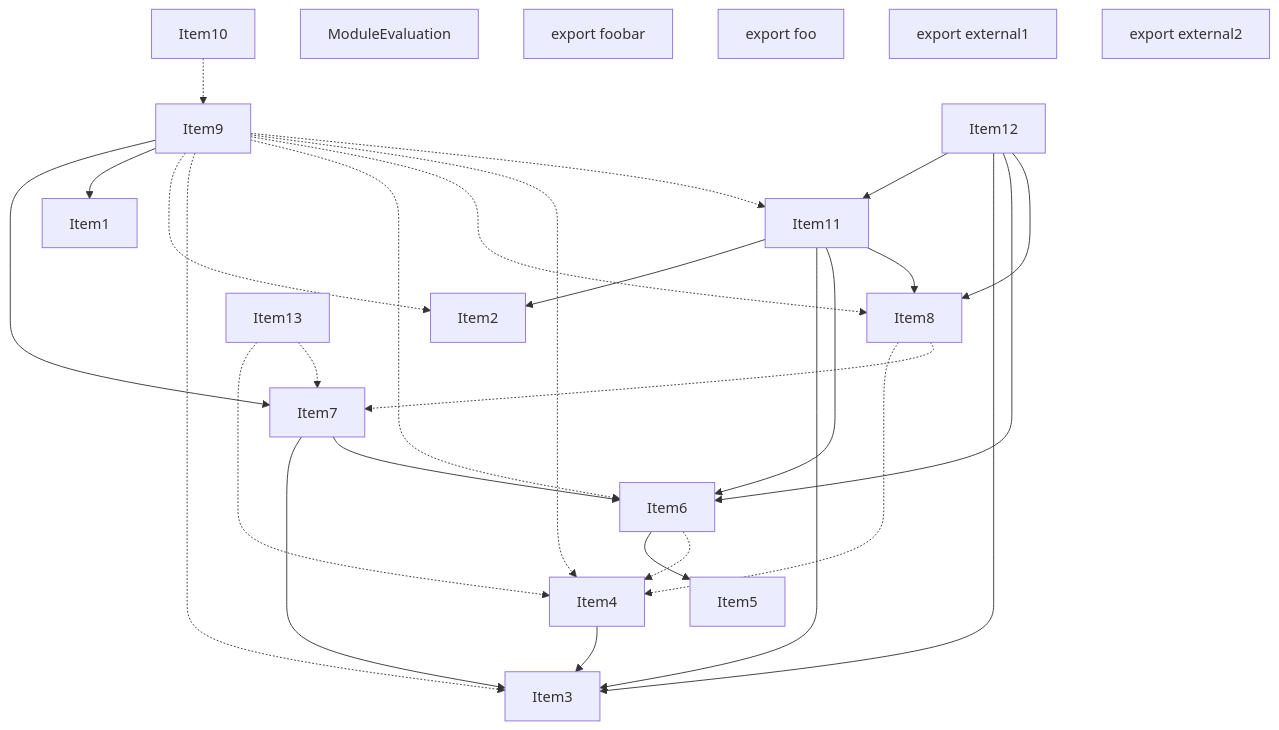
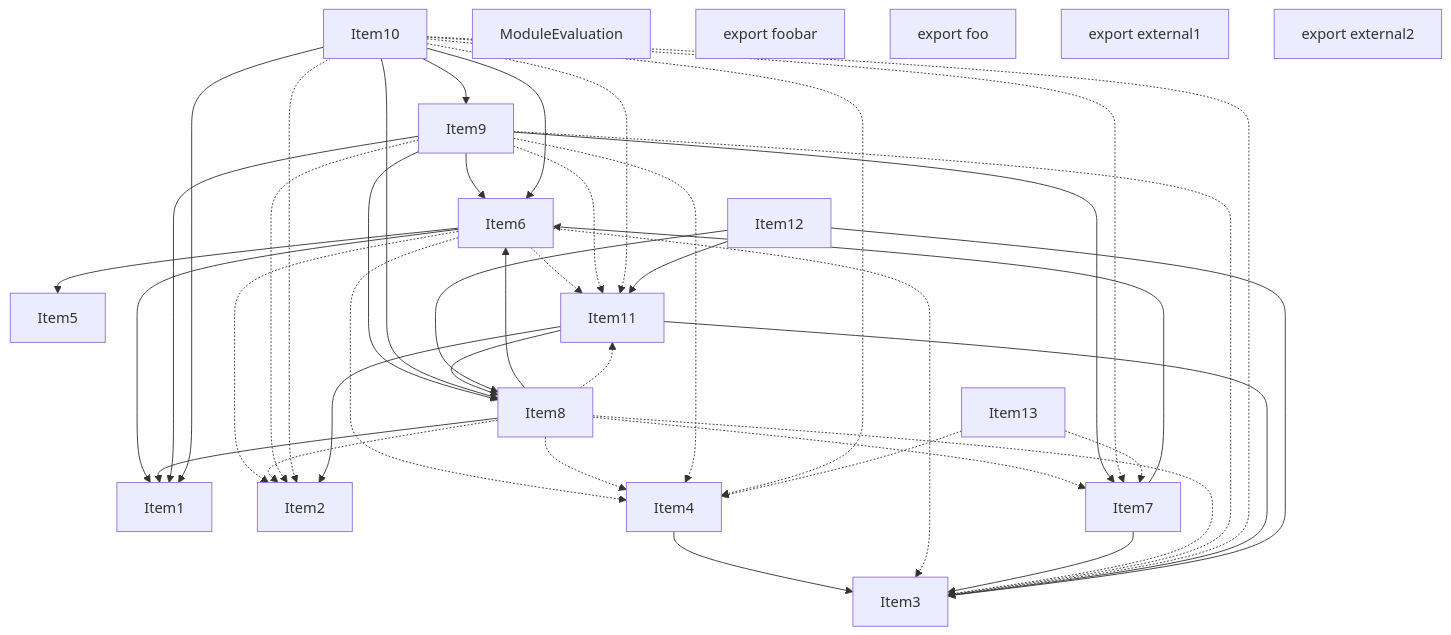
One commit to vercel/turborepo changed the third of 5 diagrams in crates/turbopack-ecmascript/tests/tree-shaker/analyzer/1/output.md. Above: the diagram before and after it, drawn with Mermaid. The commit also changed other lines of this file and 3 other files, not shown here.

````diff
--- a/crates/turbopack-ecmascript/tests/tree-shaker/analyzer/1/output.md
+++ b/crates/turbopack-ecmascript/tests/tree-shaker/analyzer/1/output.md
@@ -218,52 +238,67 @@
 ```mermaid
 graph TD
     Item1;
     Item2;
     Item3;
     Item4;
     Item5;
     Item6;
     Item7;
     Item8;
     Item9;
     Item10;
     Item11;
     Item12;
     Item13;
     Item14;
     Item14["ModuleEvaluation"];
     Item15;
     Item15["export foobar"];
     Item16;
     Item16["export foo"];
     Item17;
     Item17["export external1"];
     Item18;
     Item18["export external2"];
     Item4 --> Item3;
     Item6 --> Item5;
     Item6 -.-> Item4;
+    Item6 --> Item1;
+    Item6 -.-> Item2;
+    Item6 -.-> Item3;
+    Item6 -.-> Item11;
     Item7 --> Item3;
     Item7 --> Item6;
     Item8 -.-> Item4;
     Item8 -.-> Item7;
+    Item8 --> Item1;
+    Item8 --> Item6;
+    Item8 -.-> Item2;
+    Item8 -.-> Item3;
+    Item8 -.-> Item11;
     Item9 --> Item7;
     Item9 --> Item1;
+    Item9 --> Item6;
+    Item9 --> Item8;
     Item9 -.-> Item2;
     Item9 -.-> Item3;
-    Item9 -.-> Item6;
-    Item9 -.-> Item8;
     Item9 -.-> Item4;
     Item9 -.-> Item11;
-    Item10 -.-> Item9;
+    Item10 --> Item9;
+    Item10 --> Item1;
+    Item10 --> Item6;
+    Item10 --> Item8;
+    Item10 -.-> Item2;
+    Item10 -.-> Item3;
+    Item10 -.-> Item4;
+    Item10 -.-> Item7;
+    Item10 -.-> Item11;
     Item11 --> Item2;
     Item11 --> Item3;
-    Item11 --> Item6;
     Item11 --> Item8;
     Item12 --> Item11;
     Item12 --> Item3;
-    Item12 --> Item6;
     Item12 --> Item8;
     Item13 -.-> Item4;
     Item13 -.-> Item7;
 ```
````
